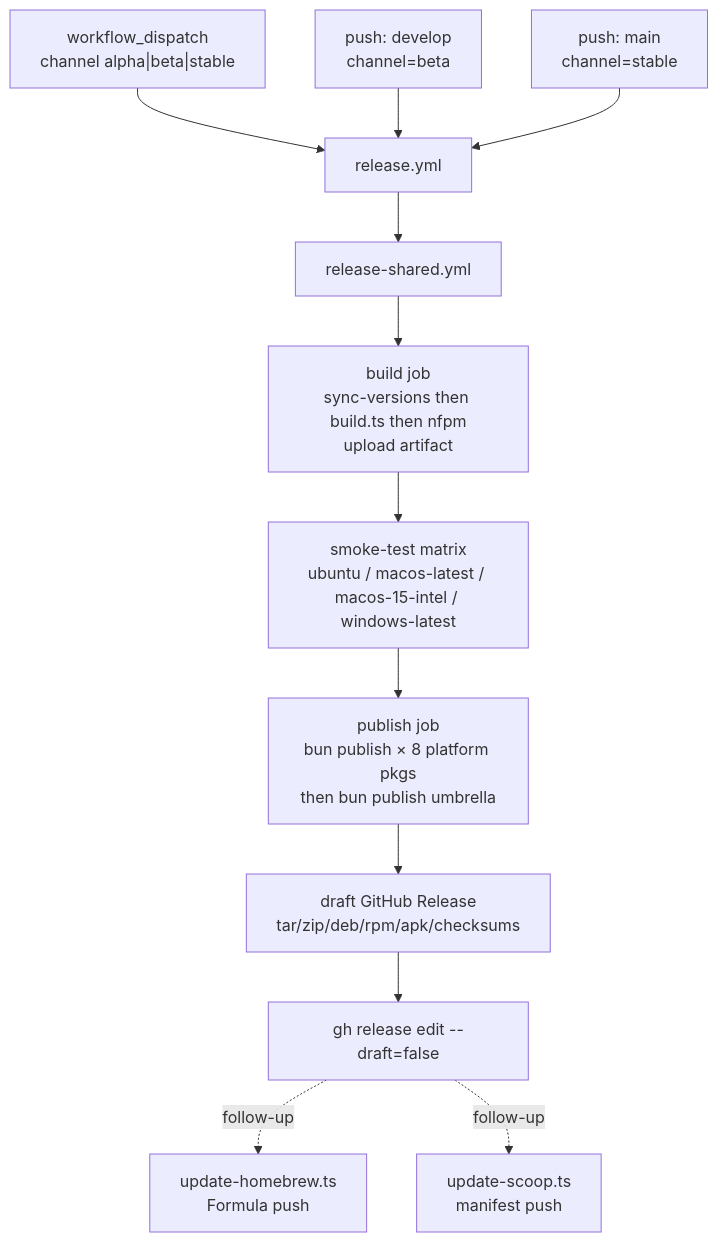
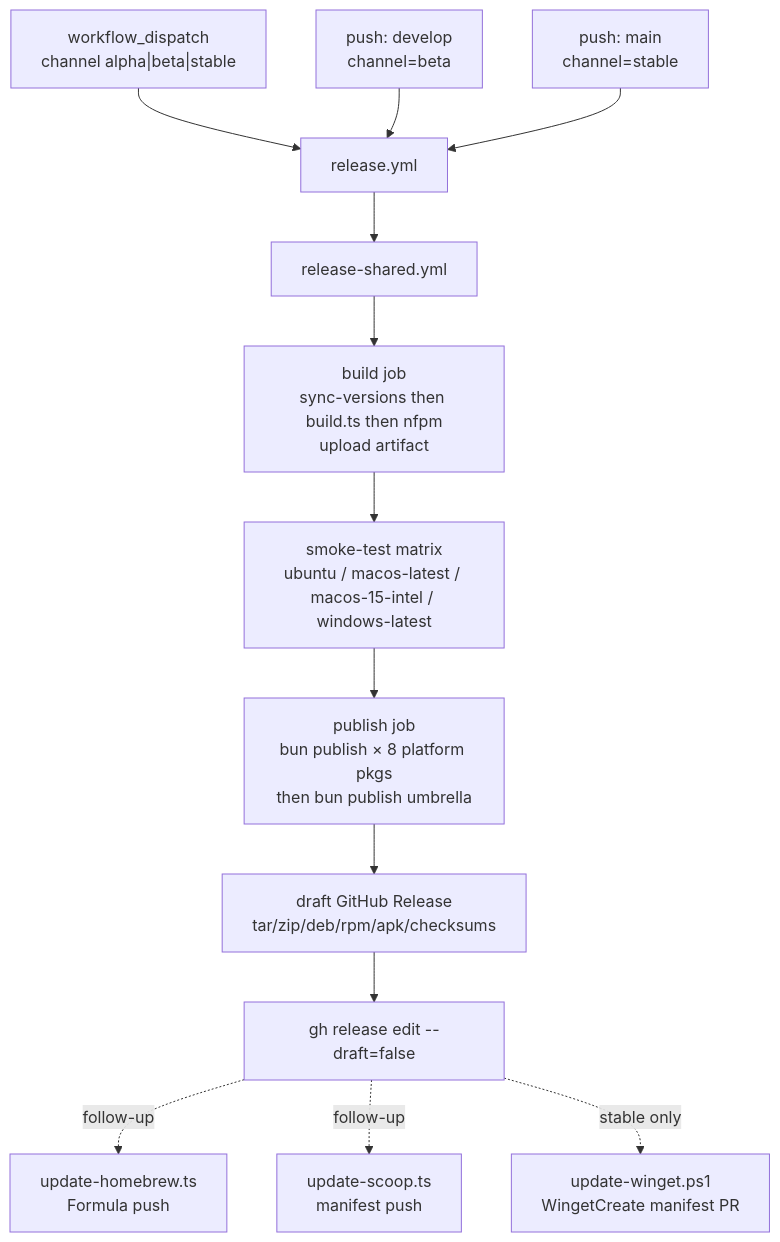
One commit to supabase/cli changed the diagram in docs/adr/0011-cli-release-and-distribution-strategy.md. Above: the diagram before and after it, drawn with Mermaid. The commit also changed other lines of this file and 6 other files, not shown here.

````diff
--- a/docs/adr/0011-cli-release-and-distribution-strategy.md
+++ b/docs/adr/0011-cli-release-and-distribution-strategy.md
@@ -134,23 +136,25 @@
 ```mermaid
 flowchart TD
     dispatch["workflow_dispatch<br/>channel alpha|beta|stable"]
     pushDev["push: develop<br/>channel=beta"]
     pushMain["push: main<br/>channel=stable"]
     releaseYml["release.yml"]
     shared["release-shared.yml"]
     build["build job<br/>sync-versions then build.ts then nfpm<br/>upload artifact"]
     smoke["smoke-test matrix<br/>ubuntu / macos-latest / macos-15-intel / windows-latest"]
     publish["publish job<br/>bun publish × 8 platform pkgs<br/>then bun publish umbrella"]
     ghRelease["draft GitHub Release<br/>tar/zip/deb/rpm/apk/checksums"]
     finalize["gh release edit --draft=false"]
     hbUpdate["update-homebrew.ts<br/>Formula push"]
     scoopUpdate["update-scoop.ts<br/>manifest push"]
+    wingetUpdate["update-winget.ps1<br/>WingetCreate manifest PR"]
 
     dispatch --> releaseYml
     pushDev --> releaseYml
     pushMain --> releaseYml
     releaseYml --> shared
     shared --> build --> smoke --> publish --> ghRelease --> finalize
     finalize -.follow-up.-> hbUpdate
     finalize -.follow-up.-> scoopUpdate
+    finalize -.stable only.-> wingetUpdate
 ```
````
